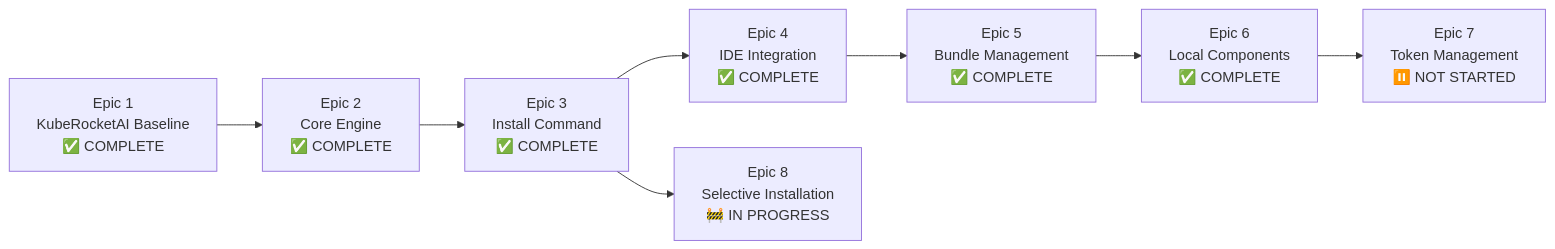
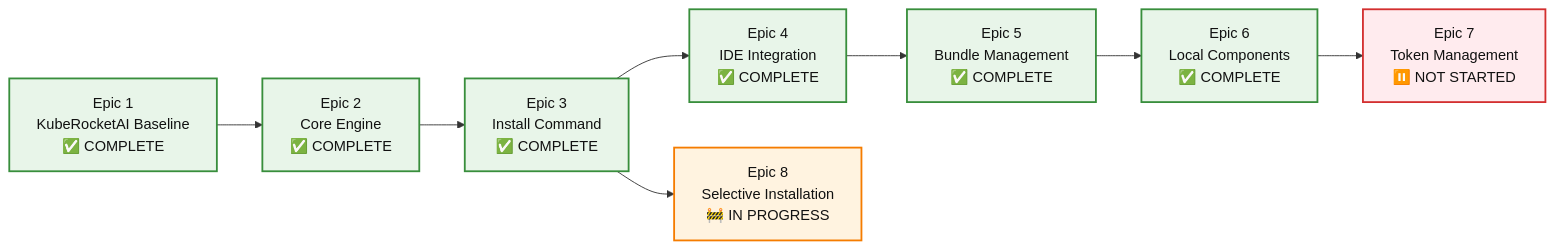
The diagram in docs/epics/README.md (KubeRocketCI/kuberocketai), drawn with Mermaid before and after one commit. The commit also changed 6 other files, not shown here.

Commit message:
docs: Align mermaid to dark theme

````diff
--- a/docs/epics/README.md
+++ b/docs/epics/README.md
@@ -35,10 +35,19 @@
 ```mermaid
 graph LR
     E1[Epic 1<br/>KubeRocketAI Baseline<br/>✅ COMPLETE] --> E2[Epic 2<br/>Core Engine<br/>✅ COMPLETE]
     E2 --> E3[Epic 3<br/>Install Command<br/>✅ COMPLETE]
     E3 --> E4[Epic 4<br/>IDE Integration<br/>✅ COMPLETE]
     E4 --> E5[Epic 5<br/>Bundle Management<br/>✅ COMPLETE]
     E5 --> E6[Epic 6<br/>Local Components<br/>✅ COMPLETE]
     E6 --> E7[Epic 7<br/>Token Management<br/>⏸️ NOT STARTED]
     E3 --> E8[Epic 8<br/>Selective Installation<br/>🚧 IN PROGRESS]
+
+    style E1 fill:#e8f5e9,stroke:#388e3c,stroke-width:2px,color:#111
+    style E2 fill:#e8f5e9,stroke:#388e3c,stroke-width:2px,color:#111
+    style E3 fill:#e8f5e9,stroke:#388e3c,stroke-width:2px,color:#111
+    style E4 fill:#e8f5e9,stroke:#388e3c,stroke-width:2px,color:#111
+    style E5 fill:#e8f5e9,stroke:#388e3c,stroke-width:2px,color:#111
+    style E6 fill:#e8f5e9,stroke:#388e3c,stroke-width:2px,color:#111
+    style E7 fill:#ffebee,stroke:#d32f2f,stroke-width:2px,color:#111
+    style E8 fill:#fff3e0,stroke:#f57c00,stroke-width:2px,color:#111
 ```
````
